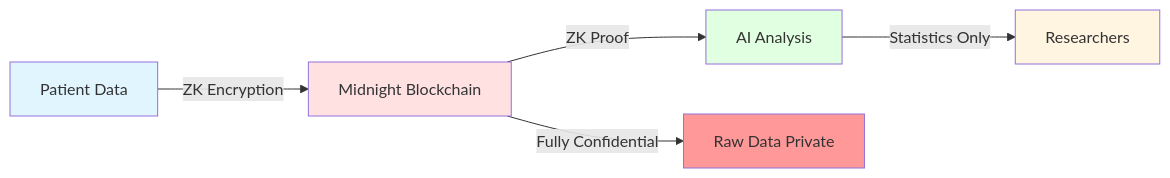
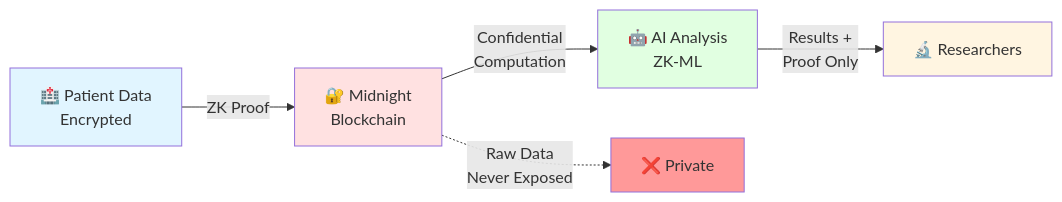
The first of 5 diagrams in README.md (mashharuki/Main), drawn with Mermaid before and after one commit. The commit also changed other lines of this file, not shown here.

````diff
--- a/README.md
+++ b/README.md
@@ -23,13 +38,13 @@
 ```mermaid
 graph LR
-    A[Patient Data] -->|ZK Encryption| B[Midnight Blockchain]
-    B -->|ZK Proof| C[AI Analysis]
-    C -->|Statistics Only| D[Researchers]
-    B -->|Fully Confidential| E[Raw Data Private]
+    A[🏥 Patient Data<br/>Encrypted] -->|ZK Proof| B[🔐 Midnight<br/>Blockchain]
+    B -->|Confidential<br/>Computation| C[🤖 AI Analysis<br/>ZK-ML]
+    C -->|Results +<br/>Proof Only| D[🔬 Researchers]
+    B -.->|Raw Data<br/>Never Exposed| E[❌ Private]
     
     style A fill:#e1f5ff
     style B fill:#ffe1e1
     style C fill:#e1ffe1
     style D fill:#fff5e1
     style E fill:#ff9999
 ```
````
